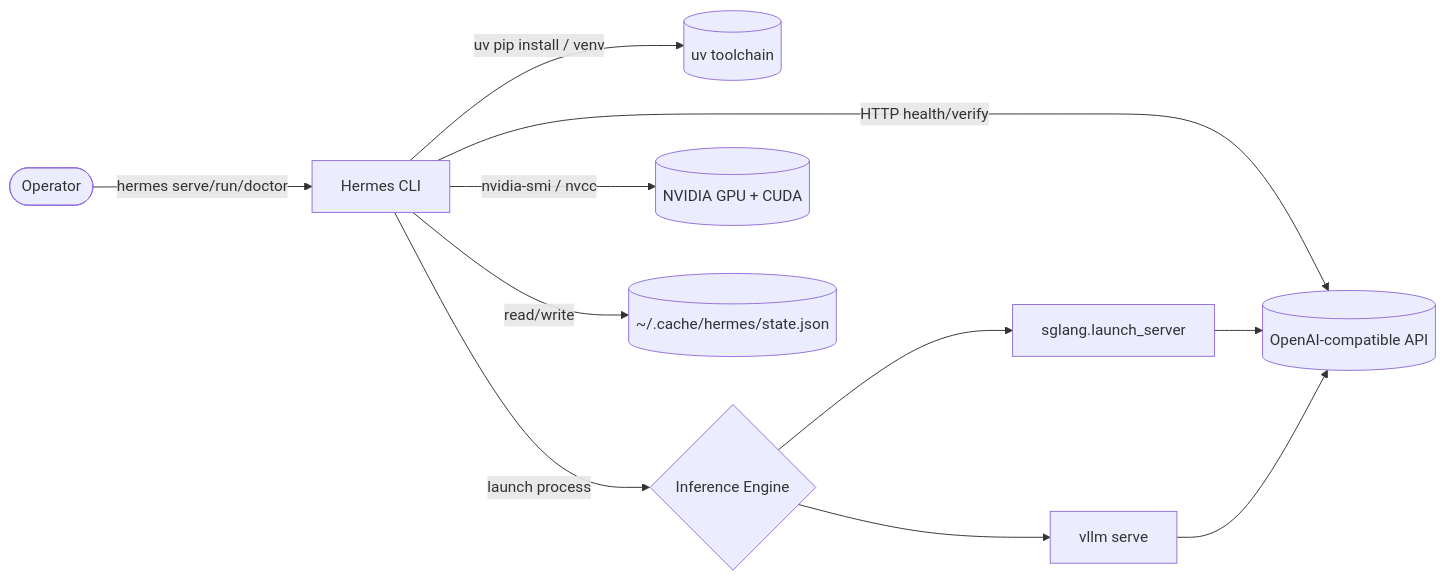
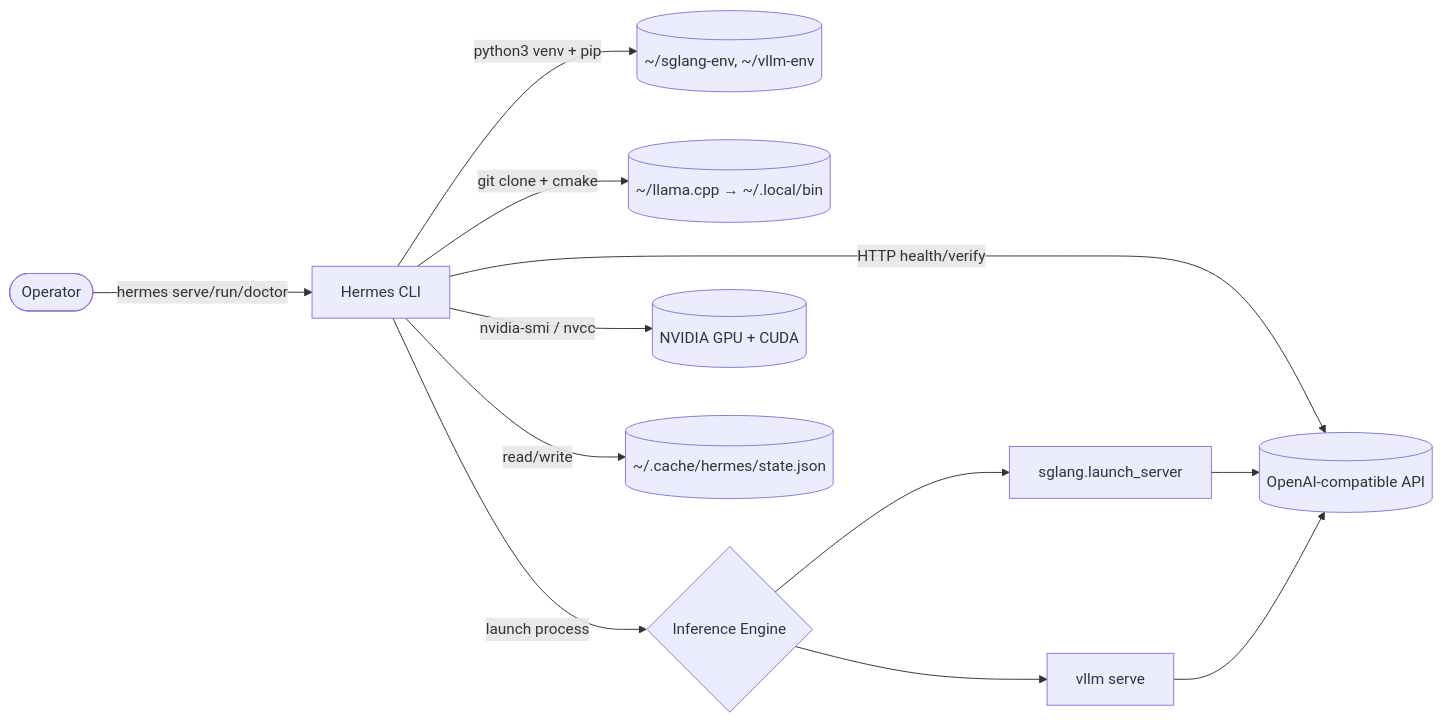
The first of 5 diagrams in docs/ARCHITECTURE.md (svngoku/hermes-cli), drawn with Mermaid before and after one commit. The commit also changed other lines of this file and 35 other files, not shown here.

````diff
--- a/docs/ARCHITECTURE.md
+++ b/docs/ARCHITECTURE.md
@@ -13,13 +13,14 @@
 ```mermaid
 flowchart LR
     user([Operator]) -->|hermes serve/run/doctor| cli[Hermes CLI]
-    cli -->|uv pip install / venv| uv[(uv toolchain)]
+    cli -->|python3 venv + pip| venvs[(~/sglang-env, ~/vllm-env)]
+    cli -->|git clone + cmake| llamasrc[(~/llama.cpp → ~/.local/bin)]
     cli -->|launch process| engine{Inference Engine}
     engine --> sglang[sglang.launch_server]
     engine --> vllm[vllm serve]
     cli -->|HTTP health/verify| api[(OpenAI-compatible API)]
     sglang --> api
     vllm --> api
     cli -->|nvidia-smi / nvcc| gpu[(NVIDIA GPU + CUDA)]
     cli -->|read/write| state[(~/.cache/hermes/state.json)]
 ```
````
